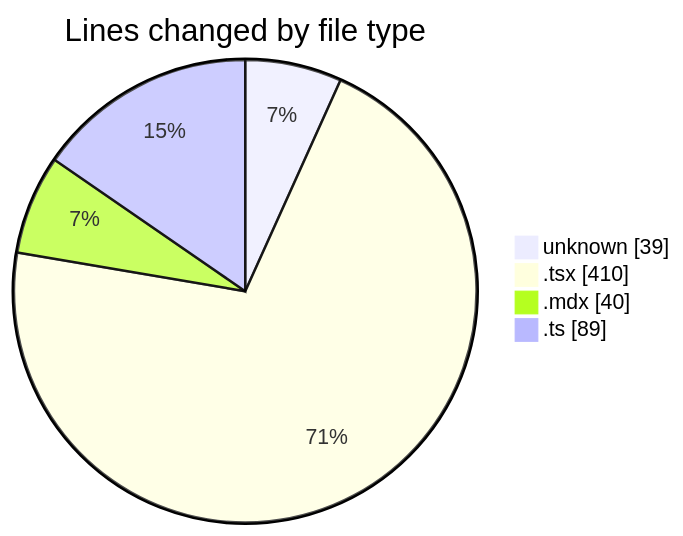
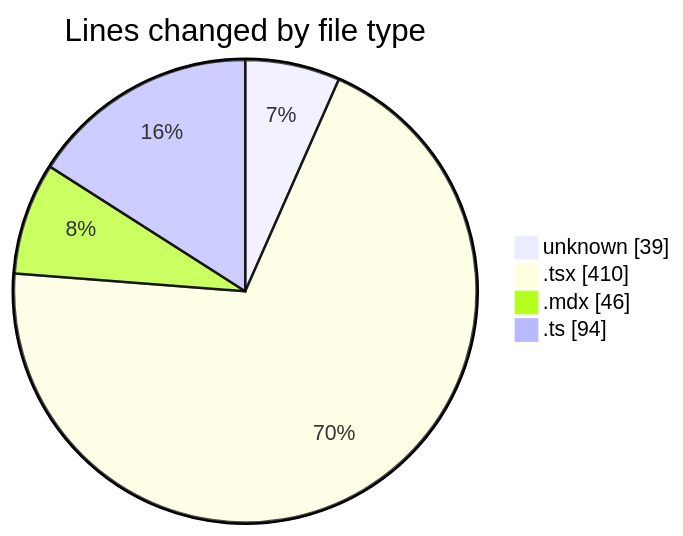
The first of 2 diagrams in 2025-05-24/elitesun/README.md (Elitesun/code-tracking), drawn with Mermaid before and after one commit. The commit also changed other lines of this file and 1 other file, not shown here.

````diff
--- a/2025-05-24/elitesun/README.md
+++ b/2025-05-24/elitesun/README.md
@@ -27,8 +27,8 @@
 ```mermaid
 pie showData
 title Lines changed by file type
 "unknown" : 39
 ".tsx" : 410
-".mdx" : 40
-".ts" : 89
+".mdx" : 46
+".ts" : 94
 ```
````
